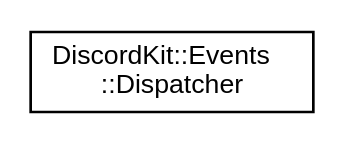
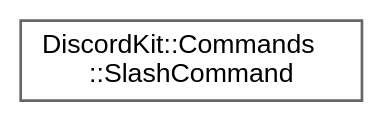
Before and after one commit to nikooozzz/DiscordKit: the diagram in inherit_graph_1.dot, drawn with Graphviz. The commit also changed 322 other files, not shown here.

Commit message:
Deploying to gh-pages from @ nikooozzz/DiscordKit@25959401f6de58a170c9d8f1c7485b84f1b5a88c 🚀

```diff
--- a/inherit_graph_1.dot
+++ b/inherit_graph_1.dot
@@ -1,8 +1,9 @@
 digraph "Graphical Class Hierarchy"
 {
  // LATEX_PDF_SIZE
-  edge [fontname="Helvetica",fontsize="10",labelfontname="Helvetica",labelfontsize="10"];
-  node [fontname="Helvetica",fontsize="10",shape=record];
+  bgcolor="transparent";
+  edge [fontname=Helvetica,fontsize=10,labelfontname=Helvetica,labelfontsize=10];
+  node [fontname=Helvetica,fontsize=10,shape=box,height=0.2,width=0.4];
   rankdir="LR";
-  Node0 [label="DiscordKit::Events\l::Dispatcher",height=0.2,width=0.4,color="black", fillcolor="white", style="filled",URL="$d8/d82/classDiscordKit_1_1Events_1_1Dispatcher.html",tooltip=" "];
+  Node0 [id="Node000000",label="DiscordKit::Commands\l::SlashCommand",height=0.2,width=0.4,color="grey40", fillcolor="white", style="filled",URL="$d0/d29/classDiscordKit_1_1Commands_1_1SlashCommand.html",tooltip=" "];
 }
```
